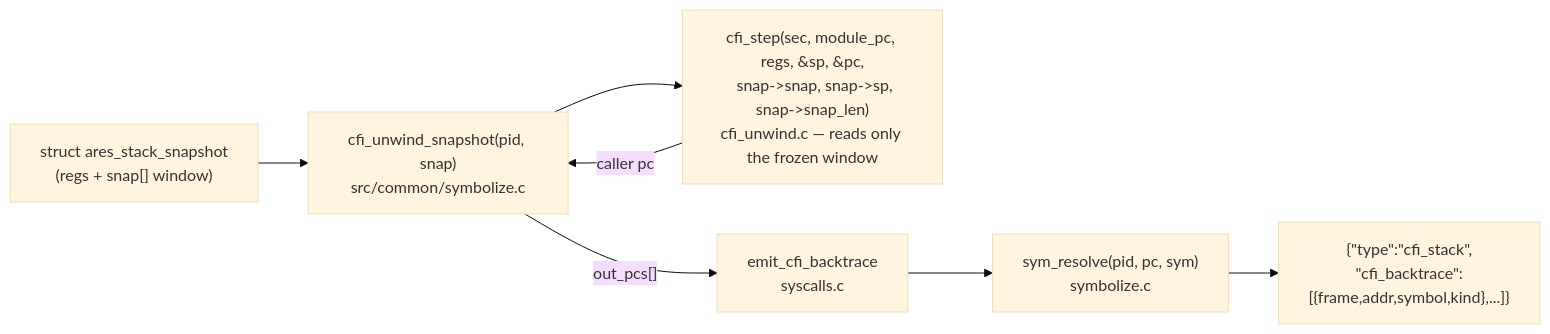
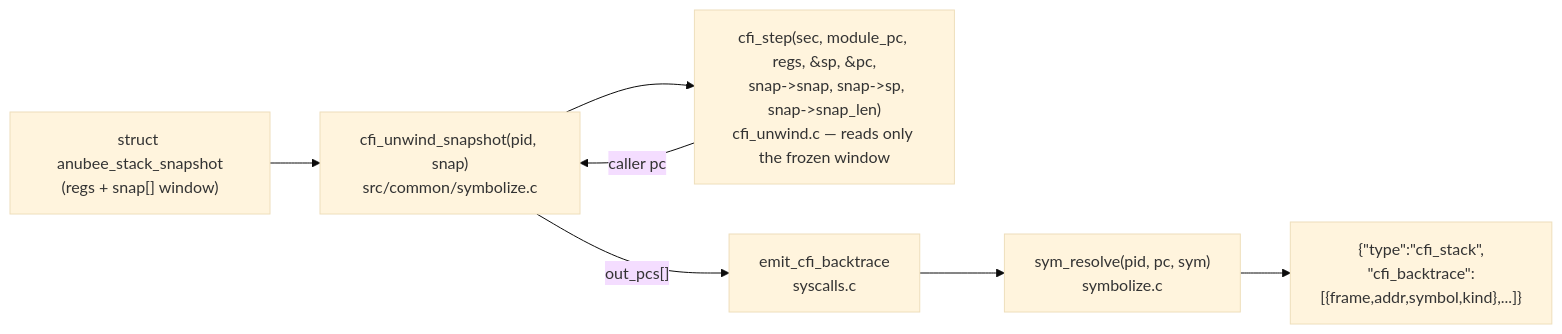
One commit to michaelaurelio/Anubee changed the second of 4 diagrams in DOCUMENTATION.md. Above: the diagram before and after it, drawn with Mermaid (base theme). The commit also changed other lines of this file and 198 other files, not shown here.

First line of the commit message:
repo: rename project ARES to Anubee

````diff
--- a/DOCUMENTATION.md
+++ b/DOCUMENTATION.md
@@ -384,16 +384,16 @@
 ```mermaid
 flowchart LR
-    snap["struct ares_stack_snapshot\n(regs + snap[] window)"]
+    snap["struct anubee_stack_snapshot\n(regs + snap[] window)"]
     unwind["cfi_unwind_snapshot(pid, snap)\nsrc/common/symbolize.c"]
     step["cfi_step(sec, module_pc, regs, &sp, &pc,\n  snap->snap, snap->sp, snap->snap_len)\ncfi_unwind.c — reads only the frozen window"]
     sym["sym_resolve(pid, pc, sym)\nsymbolize.c"]
     emit["emit_cfi_backtrace\nsyscalls.c"]
     out["{#quot;type#quot;:#quot;cfi_stack#quot;,\n#quot;cfi_backtrace#quot;:[{frame,addr,symbol,kind},...]}"]
 
     snap --> unwind
     unwind --> step
     step -->|"caller pc"| unwind
     unwind -->|"out_pcs[]"| emit
     emit --> sym
     sym --> out
 ```
````
